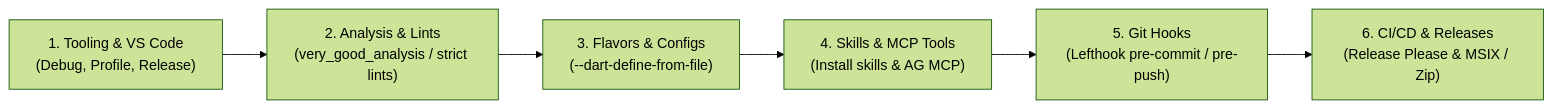
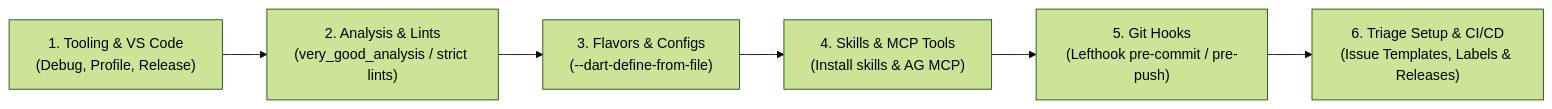
One commit to BIGboss248/FtFileSorter changed the diagram in .agents/skills/flutter-dev-setup/SKILL.md. Above: the diagram before and after it, drawn with Mermaid (forest theme). The commit also changed other lines of this file and 12 other files, not shown here.

````diff
--- a/.agents/skills/flutter-dev-setup/SKILL.md
+++ b/.agents/skills/flutter-dev-setup/SKILL.md
@@ -29,8 +29,8 @@
 ```mermaid
 flowchart LR
     S1["1. Tooling & VS Code<br/>(Debug, Profile, Release)"] --> S2["2. Analysis & Lints<br/>(very_good_analysis / strict lints)"]
     S2 --> S3["3. Flavors & Configs<br/>(--dart-define-from-file)"]
     S3 --> S4["4. Skills & MCP Tools<br/>(Install skills & AG MCP)"]
     S4 --> S5["5. Git Hooks<br/>(Lefthook pre-commit / pre-push)"]
-    S5 --> S6["6. CI/CD & Releases<br/>(Release Please & MSIX / Zip)"]
+    S5 --> S6["6. Triage Setup & CI/CD<br/>(Issue Templates, Labels & Releases)"]
 ```
````
